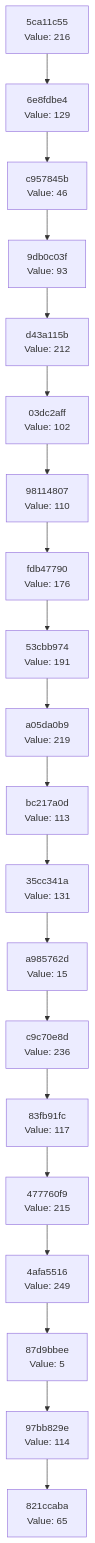
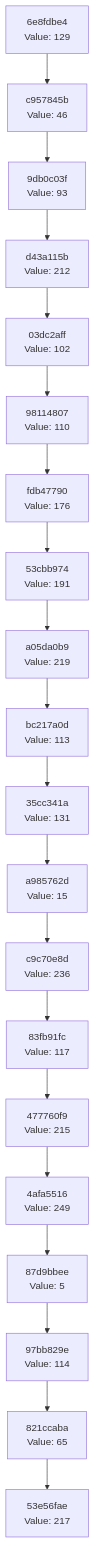
Before and after one commit to Abhisheksinha1506/hash-chain-evolver: the diagram in docs/CHAIN_VISUALIZATION.md, drawn with Mermaid. The commit also changed 3 other files, not shown here.

````diff
--- a/docs/CHAIN_VISUALIZATION.md
+++ b/docs/CHAIN_VISUALIZATION.md
@@ -3,42 +3,42 @@
 ```mermaid
 graph TD
-    C0["821ccaba<br/>Value: 65"]
-    C1["97bb829e<br/>Value: 114"]
+    C0["53e56fae<br/>Value: 217"]
+    C1["821ccaba<br/>Value: 65"]
     C1 --> C0
-    C2["87d9bbee<br/>Value: 5"]
+    C2["97bb829e<br/>Value: 114"]
     C2 --> C1
-    C3["4afa5516<br/>Value: 249"]
+    C3["87d9bbee<br/>Value: 5"]
     C3 --> C2
-    C4["477760f9<br/>Value: 215"]
+    C4["4afa5516<br/>Value: 249"]
     C4 --> C3
-    C5["83fb91fc<br/>Value: 117"]
+    C5["477760f9<br/>Value: 215"]
     C5 --> C4
-    C6["c9c70e8d<br/>Value: 236"]
+    C6["83fb91fc<br/>Value: 117"]
     C6 --> C5
-    C7["a985762d<br/>Value: 15"]
+    C7["c9c70e8d<br/>Value: 236"]
     C7 --> C6
-    C8["35cc341a<br/>Value: 131"]
+    C8["a985762d<br/>Value: 15"]
     C8 --> C7
-    C9["bc217a0d<br/>Value: 113"]
+    C9["35cc341a<br/>Value: 131"]
     C9 --> C8
-    C10["a05da0b9<br/>Value: 219"]
+    C10["bc217a0d<br/>Value: 113"]
     C10 --> C9
-    C11["53cbb974<br/>Value: 191"]
+    C11["a05da0b9<br/>Value: 219"]
     C11 --> C10
-    C12["fdb47790<br/>Value: 176"]
+    C12["53cbb974<br/>Value: 191"]
     C12 --> C11
-    C13["98114807<br/>Value: 110"]
+    C13["fdb47790<br/>Value: 176"]
     C13 --> C12
-    C14["03dc2aff<br/>Value: 102"]
+    C14["98114807<br/>Value: 110"]
     C14 --> C13
-    C15["d43a115b<br/>Value: 212"]
+    C15["03dc2aff<br/>Value: 102"]
     C15 --> C14
-    C16["9db0c03f<br/>Value: 93"]
+    C16["d43a115b<br/>Value: 212"]
     C16 --> C15
-    C17["c957845b<br/>Value: 46"]
+    C17["9db0c03f<br/>Value: 93"]
     C17 --> C16
-    C18["6e8fdbe4<br/>Value: 129"]
+    C18["c957845b<br/>Value: 46"]
     C18 --> C17
-    C19["5ca11c55<br/>Value: 216"]
+    C19["6e8fdbe4<br/>Value: 129"]
     C19 --> C18
 ```
````
